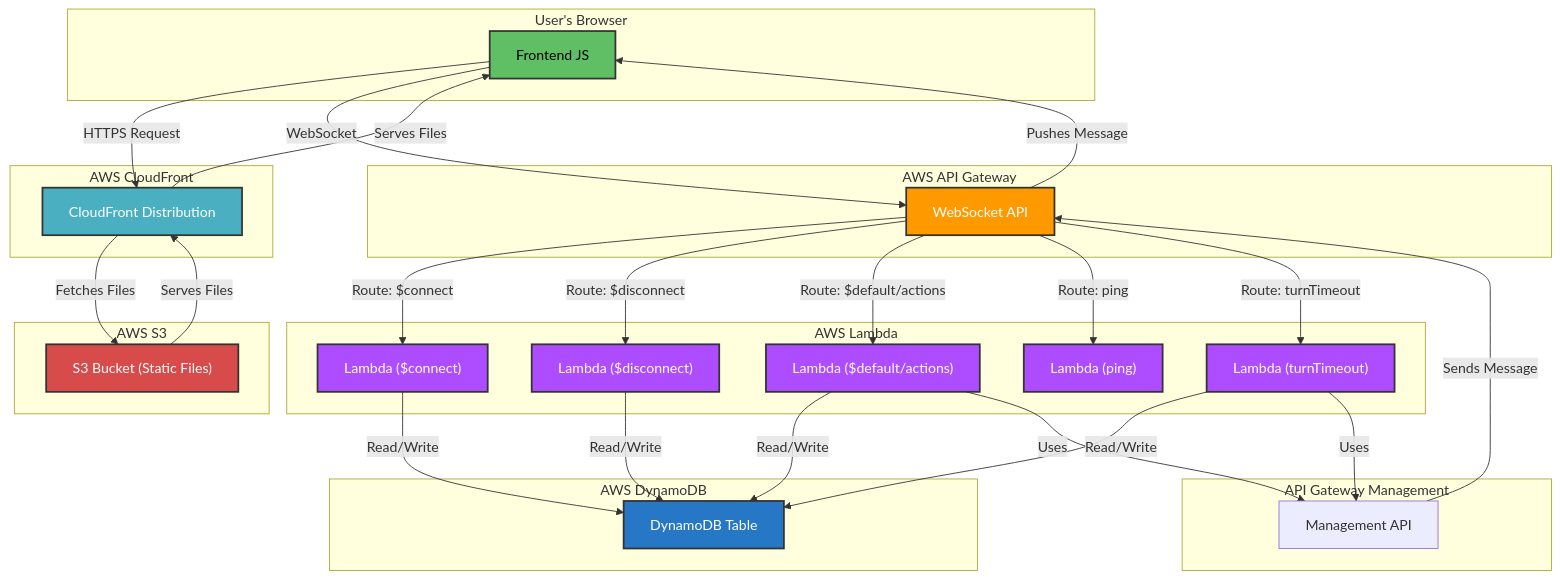
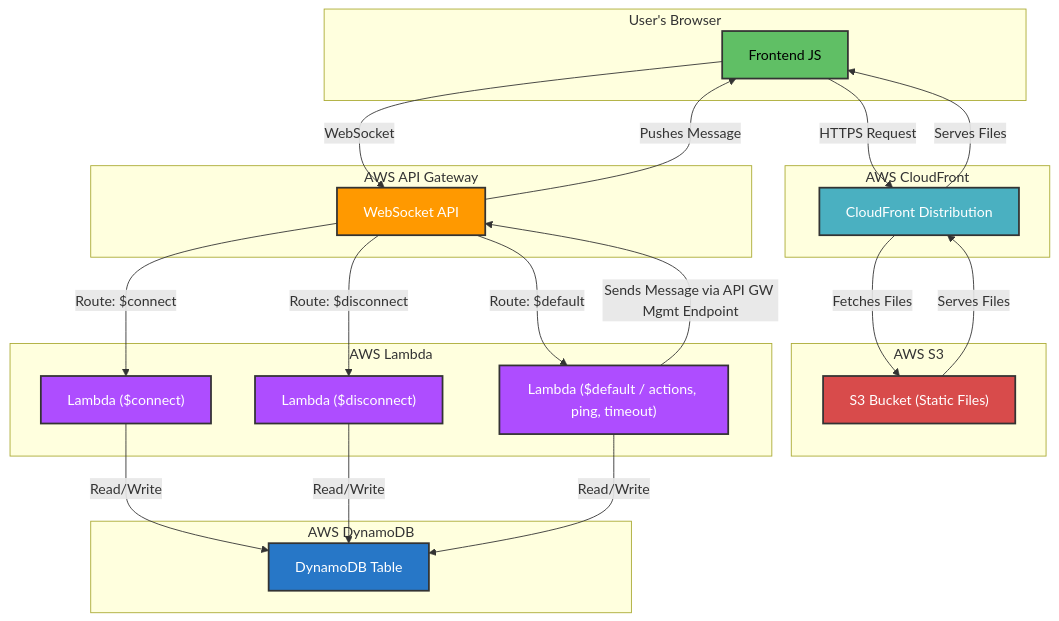
The diagram in README.md (Benlamir/wuwadraft-v2), drawn with Mermaid before and after one commit.

````diff
--- a/README.md
+++ b/README.md
@@ -76,64 +76,54 @@
 ```mermaid
 graph TD
 subgraph "User's Browser"
 A["Frontend JS"]
 end
 subgraph "AWS CloudFront"
 CF["CloudFront Distribution"]
 end
 subgraph "AWS S3"
 S3["S3 Bucket (Static Files)"]
 end
 subgraph "AWS API Gateway"
 APIGW["WebSocket API"]:::apiGWStyle
 end
 subgraph "AWS Lambda"
 L_Connect["Lambda ($connect)"]:::lambdaStyle
 L_Disconnect["Lambda ($disconnect)"]:::lambdaStyle
-L_Default["Lambda ($default/actions)"]:::lambdaStyle
-L_Ping["Lambda (ping)"]:::lambdaStyle
-L_Timeout["Lambda (turnTimeout)"]:::lambdaStyle
+L_Default["Lambda ($default / actions, ping, timeout)"]:::lambdaStyle
 end
 subgraph "AWS DynamoDB"
 DDB["DynamoDB Table"]:::dbStyle
-end
-subgraph "API Gateway Management"
-APIMGMT["Management API"]
 end
 
 A -- HTTPS Request --> CF;
 CF -- Fetches Files --> S3;
 S3 -- Serves Files --> CF;
 CF -- Serves Files --> A;
 
 A -- WebSocket --> APIGW;
 APIGW -- Route: $connect --> L_Connect;
 APIGW -- Route: $disconnect --> L_Disconnect;
-APIGW -- Route: $default/actions --> L_Default;
-APIGW -- Route: ping --> L_Ping;
-APIGW -- Route: turnTimeout --> L_Timeout;
+APIGW -- Route: $default --> L_Default;
 
 L_Connect -- Read/Write --> DDB;
 L_Disconnect -- Read/Write --> DDB;
 L_Default -- Read/Write --> DDB;
-L_Timeout -- Read/Write --> DDB;
 
-L_Default -- Uses --> APIMGMT;
-L_Timeout -- Uses --> APIMGMT;
-APIMGMT -- Sends Message --> APIGW;
+L_Default -- Sends Message via API GW Mgmt Endpoint --> APIGW;
 APIGW -- Pushes Message --> A;
 
 classDef apiGWStyle fill:#FF9900,stroke:#333,stroke-width:2px,color:#fff;
 classDef lambdaStyle fill:#AE4DFF,stroke:#333,stroke-width:2px,color:#fff;
 classDef dbStyle fill:#2777C7,stroke:#333,stroke-width:2px,color:#fff;
 classDef s3Style fill:#D84B4B,stroke:#333,stroke-width:2px,color:#fff;
 classDef cfStyle fill:#4AB0C1,stroke:#333,stroke-width:2px,color:#fff;
 classDef clientStyle fill:#60BF65,stroke:#333,stroke-width:2px,color:#000;
 
 class APIGW apiGWStyle;
-class L_Connect,L_Disconnect,L_Default,L_Ping,L_Timeout lambdaStyle;
+class L_Connect,L_Disconnect,L_Default lambdaStyle;
 class DDB dbStyle;
 class S3 s3Style;
 class CF cfStyle;
 class A clientStyle;
 ```
````
